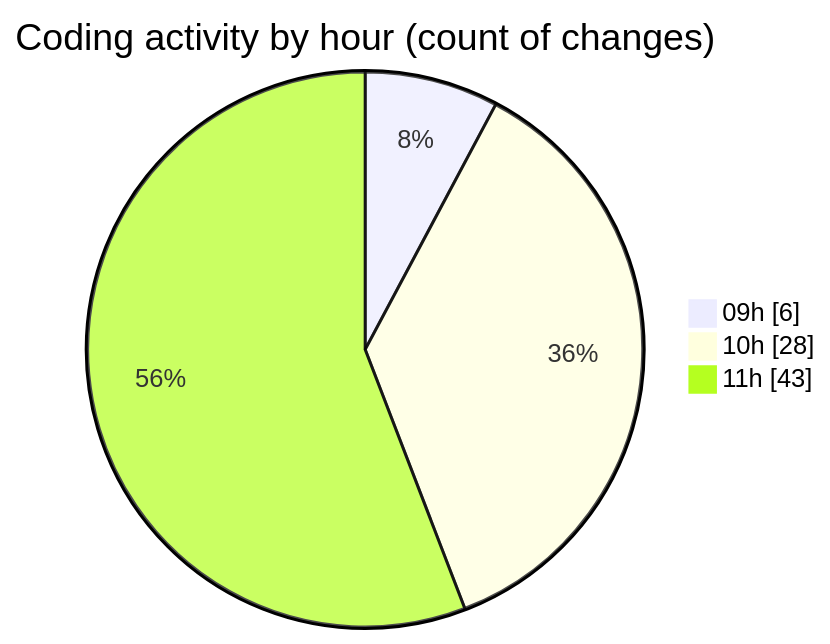
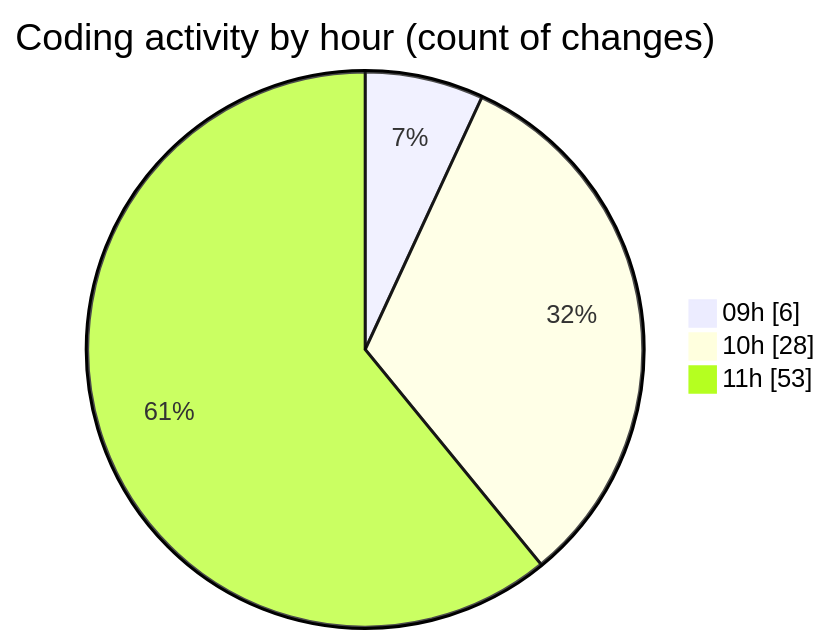
One commit to momahboobian/code-tracking changed the second of 2 diagrams in 2025-03-27/cda/README.md. Above: the diagram before and after it, drawn with Mermaid. The commit also changed other lines of this file and 1 other file, not shown here.

````diff
--- a/2025-03-27/cda/README.md
+++ b/2025-03-27/cda/README.md
@@ -30,7 +30,7 @@
 ```mermaid
 pie showData
 title Coding activity by hour (count of changes)
 "09h" : 6
 "10h" : 28
-"11h" : 43
+"11h" : 53
 ```
````
